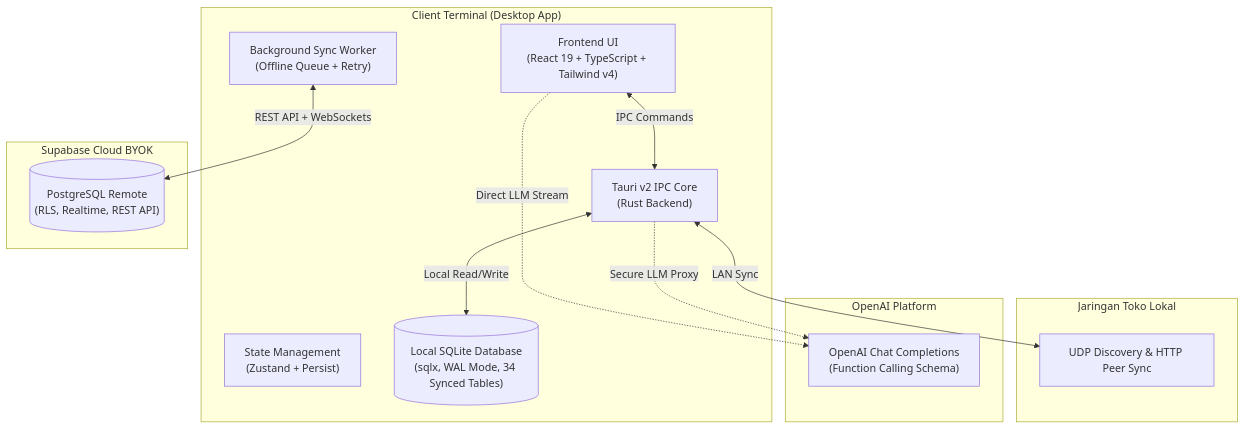
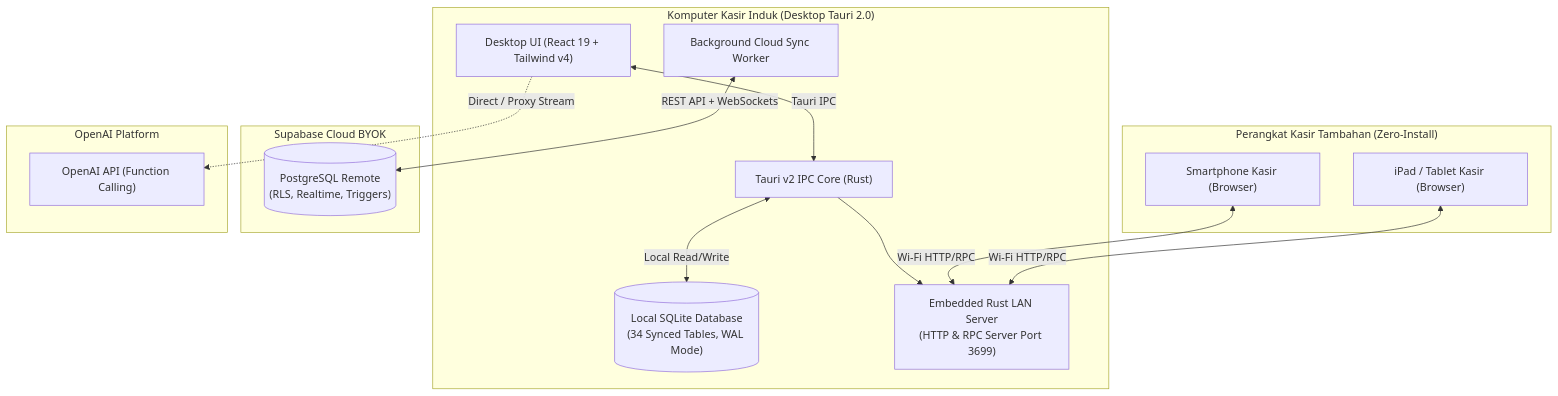
The diagram in README.md (AchiraStudio/chirasys), drawn with Mermaid before and after one commit. The commit also changed other lines of this file, not shown here.

Commit message:
docs: update README.md to v1.4.0 with comprehensive documentation and architecture

````diff
--- a/README.md
+++ b/README.md
@@ -116,29 +140,33 @@
 ```mermaid
 flowchart TD
-    subgraph Client ["Client Terminal (Desktop App)"]
-        UI["Frontend UI\n(React 19 + TypeScript + Tailwind v4)"]
-        State["State Management\n(Zustand + Persist)"]
-        Tauri["Tauri v2 IPC Core\n(Rust Backend)"]
-        SQLite[("Local SQLite Database\n(sqlx, WAL Mode, 34 Synced Tables)")]
-        SyncWorker["Background Sync Worker\n(Offline Queue + Retry)"]
+    subgraph Host ["Komputer Kasir Induk (Desktop Tauri 2.0)"]
+        HostUI["Desktop UI (React 19 + Tailwind v4)"]
+        TauriCore["Tauri v2 IPC Core (Rust)"]
+        SQLite[("Local SQLite Database\n(34 Synced Tables, WAL Mode)")]
+        LANServer["Embedded Rust LAN Server\n(HTTP & RPC Server Port 3699)"]
+        SyncWorker["Background Cloud Sync Worker"]
     end
 
-    subgraph LocalNet ["Jaringan Toko Lokal"]
-        LAN["UDP Discovery & HTTP Peer Sync"]
+    subgraph MobileTerminals ["Perangkat Kasir Tambahan (Zero-Install)"]
+        Phone["Smartphone Kasir (Browser)"]
+        Tablet["iPad / Tablet Kasir (Browser)"]
     end
 
-    subgraph Cloud ["Supabase Cloud BYOK"]
-        SupaDB[("PostgreSQL Remote\n(RLS, Realtime, REST API)")]
+    subgraph CloudInfra ["Supabase Cloud BYOK"]
+        SupaDB[("PostgreSQL Remote\n(RLS, Realtime, Triggers)")]
     end
 
-    subgraph AI ["OpenAI Platform"]
-        OpenAIAPI["OpenAI Chat Completions\n(Function Calling Schema)"]
+    subgraph AIInfra ["OpenAI Platform"]
+        OpenAIAPI["OpenAI API (Function Calling)"]
     end
 
-    UI <-->|IPC Commands| Tauri
-    Tauri <-->|Local Read/Write| SQLite
-    Tauri <-->|LAN Sync| LAN
+    HostUI <-->|Tauri IPC| TauriCore
+    TauriCore <-->|Local Read/Write| SQLite
+    TauriCore --> LANServer
+    
+    Phone <-->|Wi-Fi HTTP/RPC| LANServer
+    Tablet <-->|Wi-Fi HTTP/RPC| LANServer
+    
     SyncWorker <-->|REST API + WebSockets| SupaDB
-    UI -.->|Direct LLM Stream| OpenAIAPI
-    Tauri -.->|Secure LLM Proxy| OpenAIAPI
+    HostUI -.->|Direct / Proxy Stream| OpenAIAPI
 ```
````
